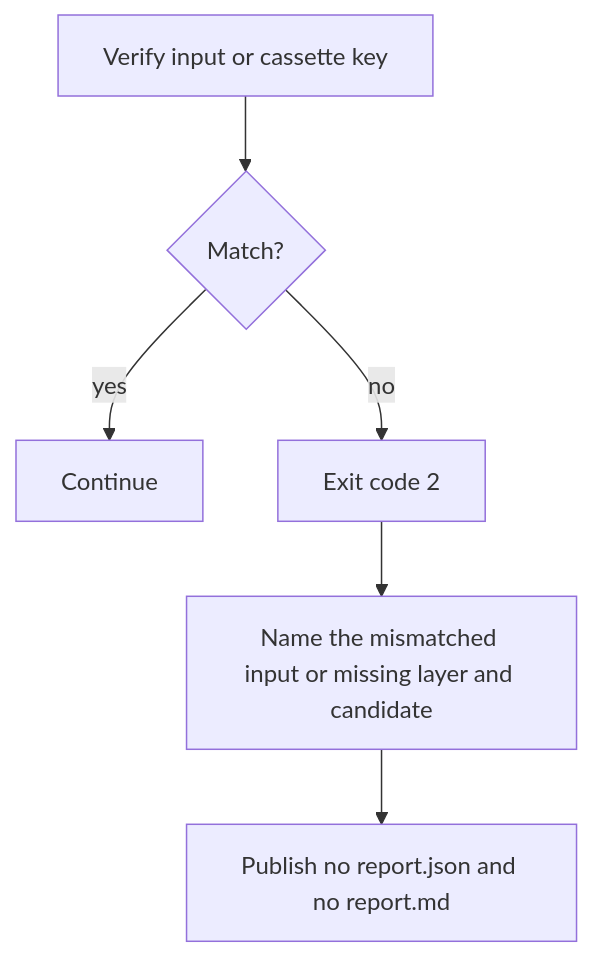
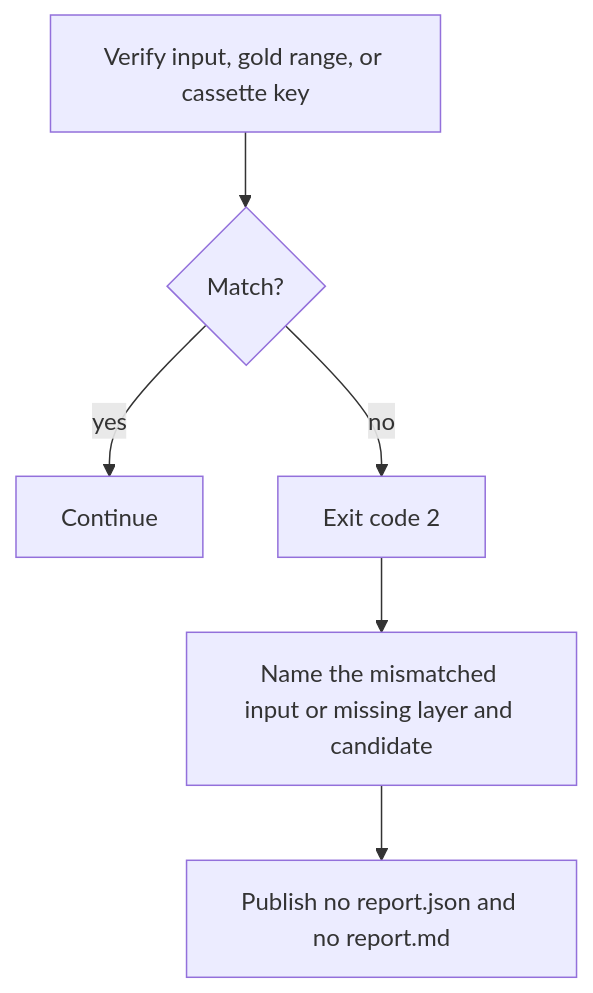
One commit to kressnerd/ortsinn changed the fourth of 4 diagrams in docs/arc42/06-runtime-view.md. Above: the diagram before and after it, drawn with Mermaid. The commit also changed other lines of this file and 29 other files, not shown here.

````diff
--- a/docs/arc42/06-runtime-view.md
+++ b/docs/arc42/06-runtime-view.md
@@ -122,8 +122,8 @@
 ```mermaid
 flowchart TD
-    A[Verify input or cassette key] --> B{Match?}
+    A[Verify input, gold range, or cassette key] --> B{Match?}
     B -- yes --> C[Continue]
     B -- no --> D[Exit code 2]
     D --> E[Name the mismatched input or missing layer and candidate]
     E --> F[Publish no report.json and no report.md]
 ```
````
